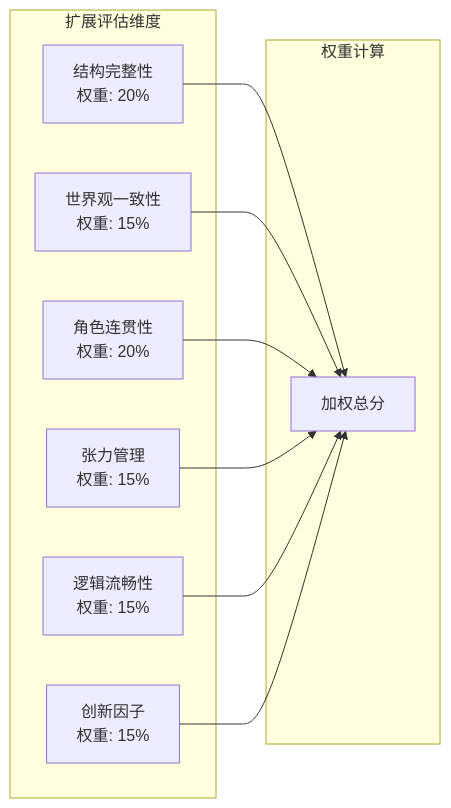
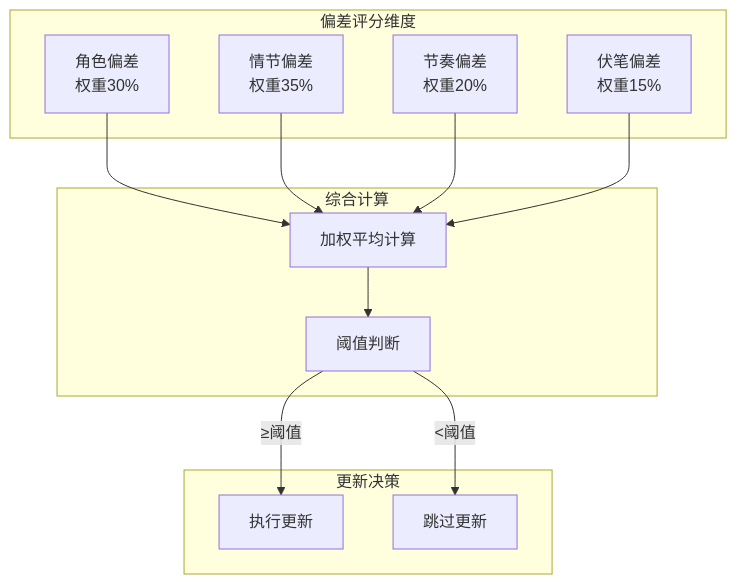
Before and after one commit to xfbyxq/ai-novel-system: the eighth of 15 diagrams in .qoder/repowiki/zh/content/AI智能体系统/智能大纲完善系统.md, drawn with Mermaid. The commit also changed other lines of this file and 8 other files, not shown here.

````diff
--- a/.qoder/repowiki/zh/content/AI智能体系统/智能大纲完善系统.md
+++ b/.qoder/repowiki/zh/content/AI智能体系统/智能大纲完善系统.md
@@ -380,19 +405,24 @@
 ```mermaid
-graph LR
-subgraph "扩展评估维度"
-SC[结构完整性<br/>权重: 20%]
-WC[世界观一致性<br/>权重: 15%]
-CC[角色连贯性<br/>权重: 20%]
-TM[张力管理<br/>权重: 15%]
-LF[逻辑流畅性<br/>权重: 15%]
-IF[创新因子<br/>权重: 15%]
+graph TB
+subgraph "偏差评分维度"
+CHAR[角色偏差<br/>权重30%]
+PLOT[情节偏差<br/>权重35%]
+PACING[节奏偏差<br/>权重20%]
+FORESHADOW[伏笔偏差<br/>权重15%]
 end
-subgraph "权重计算"
-SC --> Total[加权总分]
-WC --> Total
-CC --> Total
-TM --> Total
-LF --> Total
-IF --> Total
+subgraph "综合计算"
+CALC[加权平均计算]
+THRESHOLD[阈值判断]
 end
+subgraph "更新决策"
+UPDATE[执行更新]
+SKIP[跳过更新]
+end
+CHAR --> CALC
+PLOT --> CALC
+PACING --> CALC
+FORESHADOW --> CALC
+CALC --> THRESHOLD
+THRESHOLD --> |≥阈值| UPDATE
+THRESHOLD --> |<阈值| SKIP
 ```
````
